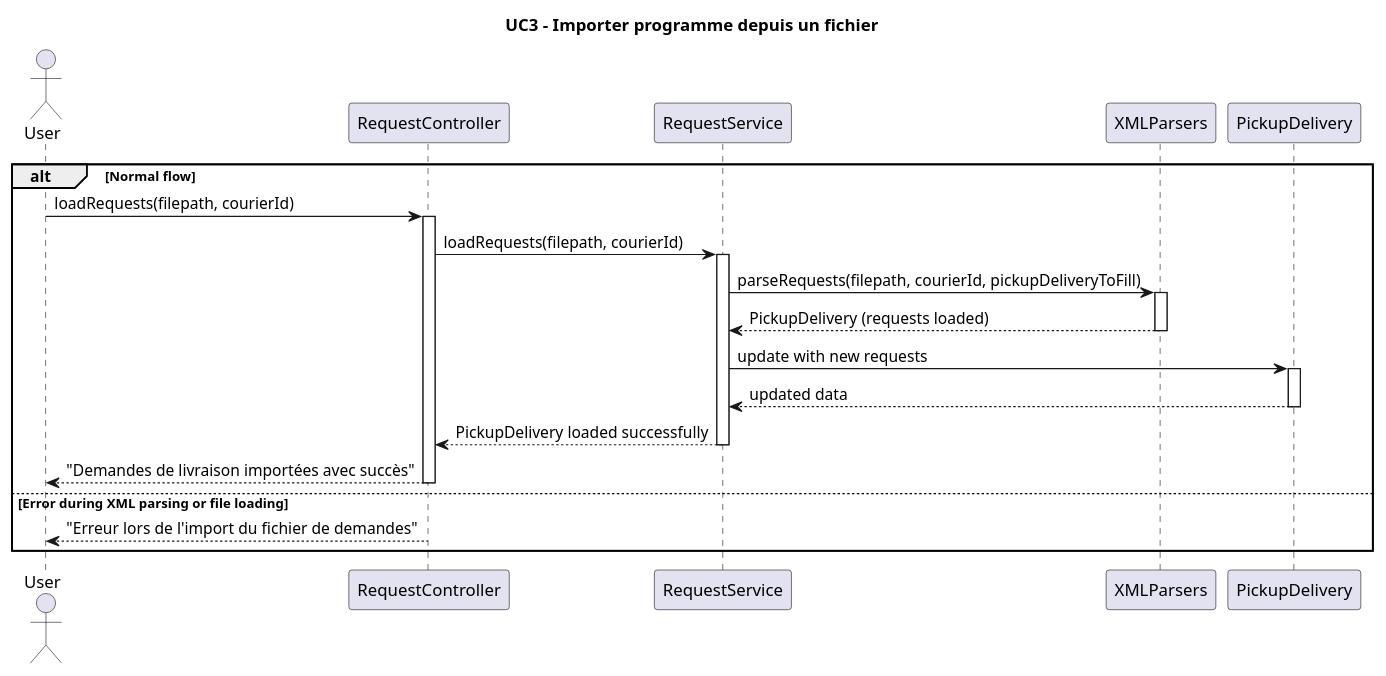
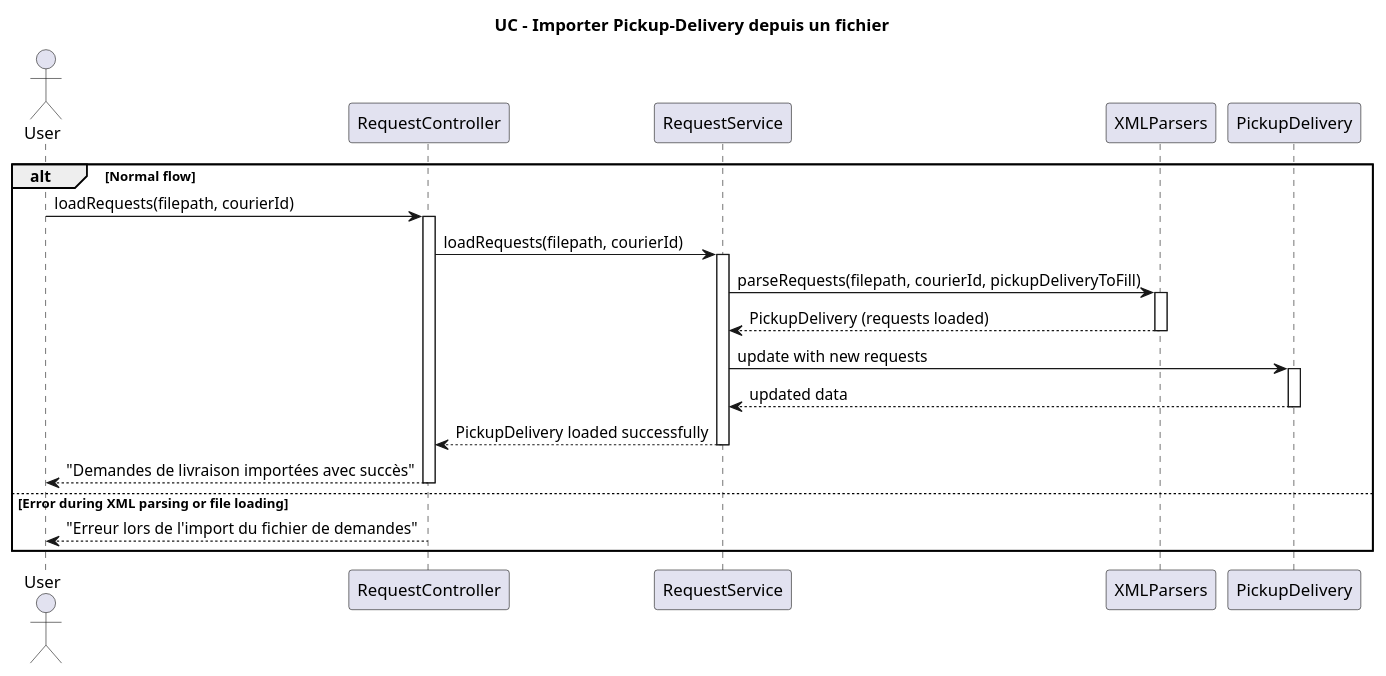
Before and after one commit to enzo-dosanjos/Pickup_Delivery_App: the diagram in diagrams/diagramUC3.plantuml, drawn with PlantUML. The commit also changed 9 other files, not shown here.

```diff
--- a/diagrams/diagramUC3.plantuml
+++ b/diagrams/diagramUC3.plantuml
@@ -1,36 +1,36 @@
 @startuml
-title UC3 – Importer programme depuis un fichier
+title UC – Importer Pickup-Delivery depuis un fichier
 
 actor User
 participant "RequestController" as RC
 participant "RequestService" as RS
 participant "XMLParsers" as XP
 participant "PickupDelivery" as PD
 
 alt Normal flow
     User -> RC : loadRequests(filepath, courierId)
     activate RC
 
     RC -> RS : loadRequests(filepath, courierId)
     activate RS
 
         RS -> XP : parseRequests(filepath, courierId, pickupDeliveryToFill)
         activate XP
         XP --> RS : PickupDelivery (requests loaded)
         deactivate XP
 
         RS -> PD : update with new requests
         activate PD
         PD --> RS : updated data
         deactivate PD
 
     RS --> RC : PickupDelivery loaded successfully
     deactivate RS
 
     RC --> User : "Demandes de livraison importées avec succès"
     deactivate RC
 
 else Error during XML parsing or file loading
     RC --> User : "Erreur lors de l'import du fichier de demandes"
 end
 @enduml
```
